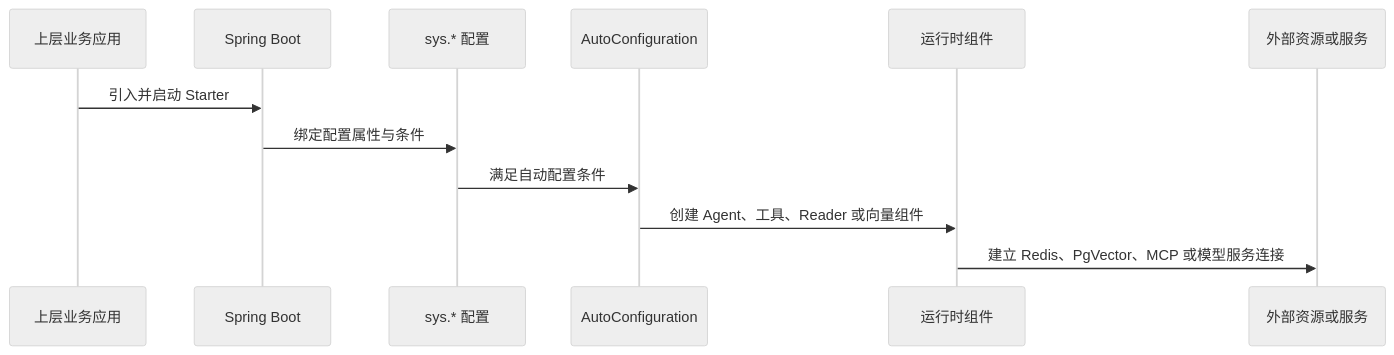
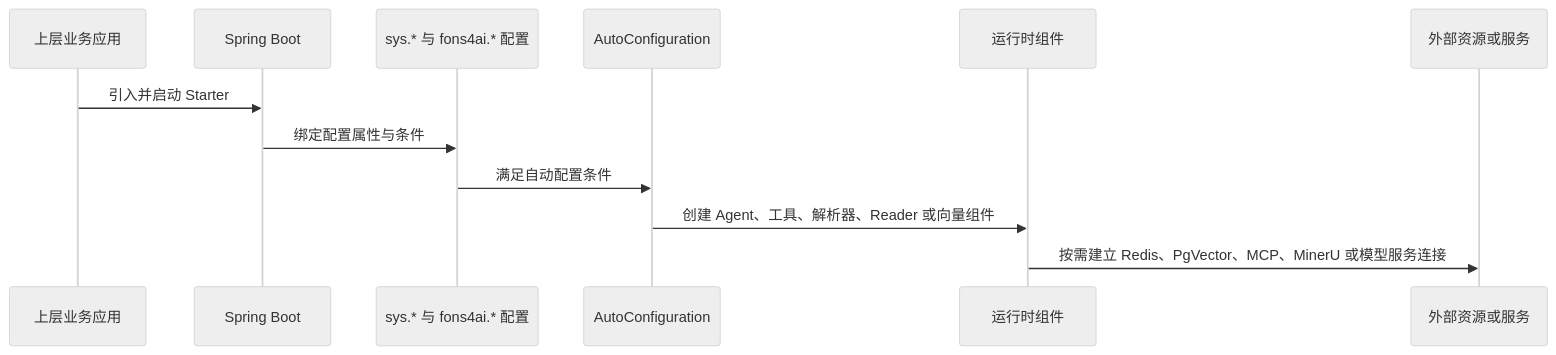
One commit to nauyiq/fons4ai changed the diagram in .specify/memory/项目运行架构文档.md. Above: the diagram before and after it, drawn with Mermaid (neutral theme). The commit also changed other lines of this file and 72 other files, not shown here.

````diff
--- a/.specify/memory/项目运行架构文档.md
+++ b/.specify/memory/项目运行架构文档.md
@@ -21,15 +23,15 @@
 ```mermaid
 sequenceDiagram
     participant App as 上层业务应用
     participant Boot as Spring Boot
-    participant Config as sys.* 配置
+    participant Config as sys.* 与 fons4ai.* 配置
     participant Auto as AutoConfiguration
     participant Runtime as 运行时组件
     participant External as 外部资源或服务
 
     App->>Boot: 引入并启动 Starter
     Boot->>Config: 绑定配置属性与条件
     Config->>Auto: 满足自动配置条件
-    Auto->>Runtime: 创建 Agent、工具、Reader 或向量组件
-    Runtime->>External: 建立 Redis、PgVector、MCP 或模型服务连接
+    Auto->>Runtime: 创建 Agent、工具、解析器、Reader 或向量组件
+    Runtime->>External: 按需建立 Redis、PgVector、MCP、MinerU 或模型服务连接
 ```
````
